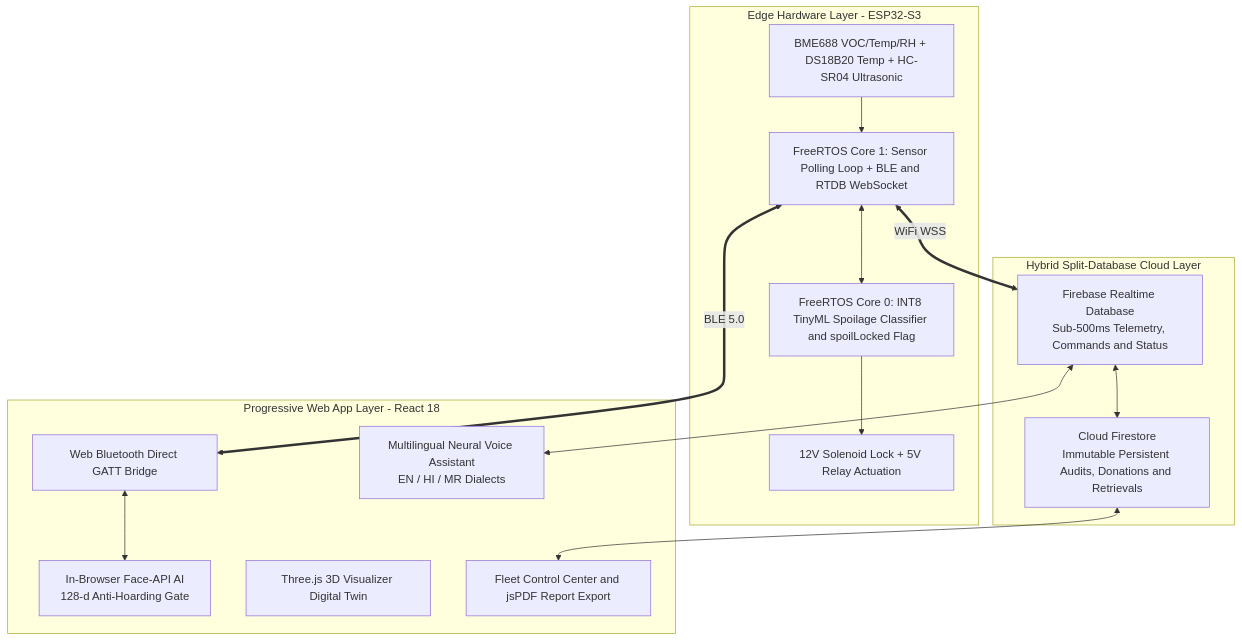
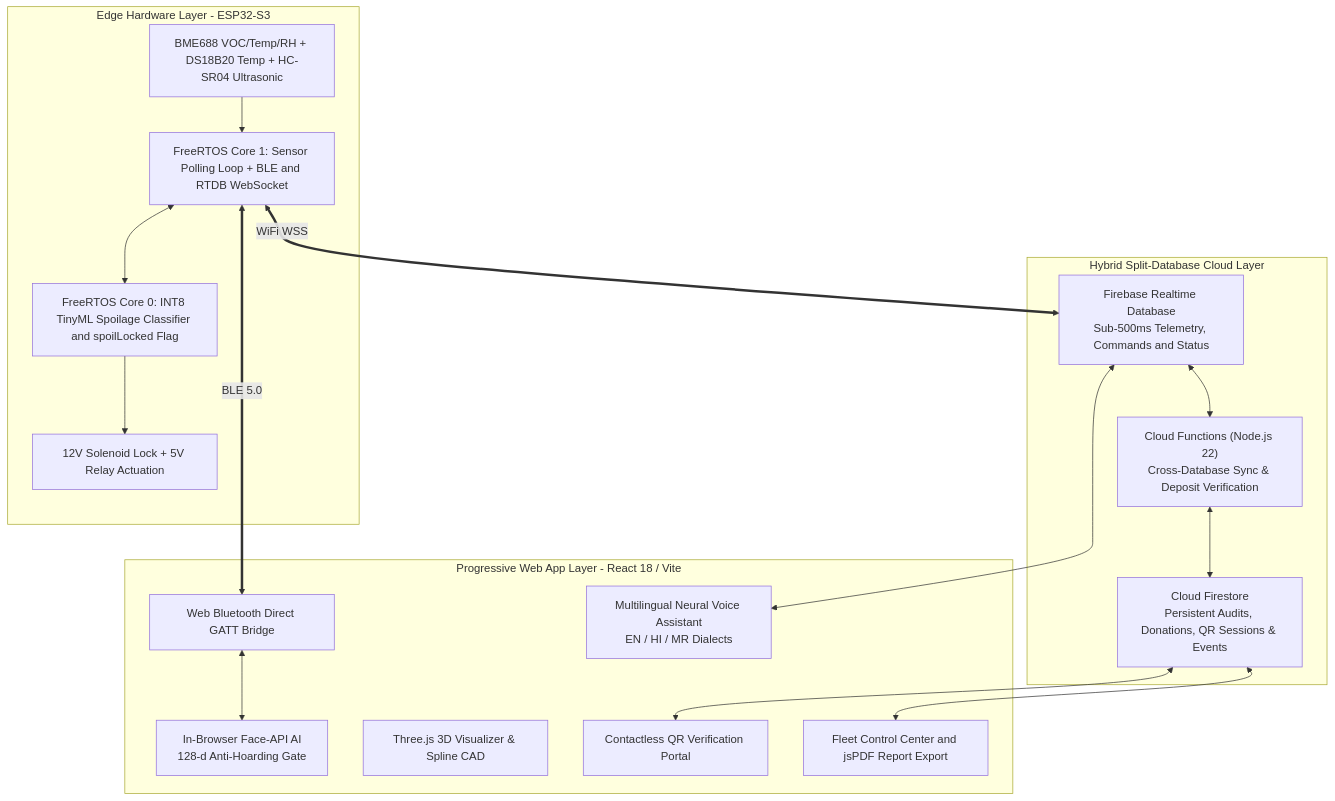
Before and after one commit to TamboliSara/ASEP2-PWA-2.0: the diagram in README.md, drawn with Mermaid. The commit also changed other lines of this file and 8 other files, not shown here.

````diff
--- a/README.md
+++ b/README.md
@@ -66,34 +73,38 @@
 ```mermaid
 graph TB
     subgraph Hardware ["Edge Hardware Layer - ESP32-S3"]
         Sensors["BME688 VOC/Temp/RH + DS18B20 Temp + HC-SR04 Ultrasonic"]
         Core0["FreeRTOS Core 0: INT8 TinyML Spoilage Classifier and spoilLocked Flag"]
         Core1["FreeRTOS Core 1: Sensor Polling Loop + BLE and RTDB WebSocket"]
         Actuators["12V Solenoid Lock + 5V Relay Actuation"]
         
         Sensors --> Core1
         Core1 <--> Core0
         Core0 --> Actuators
     end
 
     subgraph Cloud ["Hybrid Split-Database Cloud Layer"]
         RTDB["Firebase Realtime Database<br/>Sub-500ms Telemetry, Commands and Status"]
-        Firestore["Cloud Firestore<br/>Immutable Persistent Audits, Donations and Retrievals"]
+        Firestore["Cloud Firestore<br/>Persistent Audits, Donations, QR Sessions & Events"]
+        CF["Cloud Functions (Node.js 22)<br/>Cross-Database Sync & Deposit Verification"]
         
         Core1 <== "WiFi WSS" ==> RTDB
-        RTDB <--> Firestore
+        RTDB <--> CF
+        CF <--> Firestore
     end
 
-    subgraph PWA ["Progressive Web App Layer - React 18"]
+    subgraph PWA ["Progressive Web App Layer - React 18 / Vite"]
         BLE["Web Bluetooth Direct GATT Bridge"]
         FaceAI["In-Browser Face-API AI<br/>128-d Anti-Hoarding Gate"]
         VoiceAI["Multilingual Neural Voice Assistant<br/>EN / HI / MR Dialects"]
-        Twin["Three.js 3D Visualizer Digital Twin"]
+        Twin["Three.js 3D Visualizer & Spline CAD"]
+        QRSvc["Contactless QR Verification Portal"]
         Admin["Fleet Control Center and jsPDF Report Export"]
         
         Core1 <== "BLE 5.0" ==> BLE
         BLE <--> FaceAI
         RTDB <--> VoiceAI
         Firestore <--> Admin
+        Firestore <--> QRSvc
     end
 ```
````
